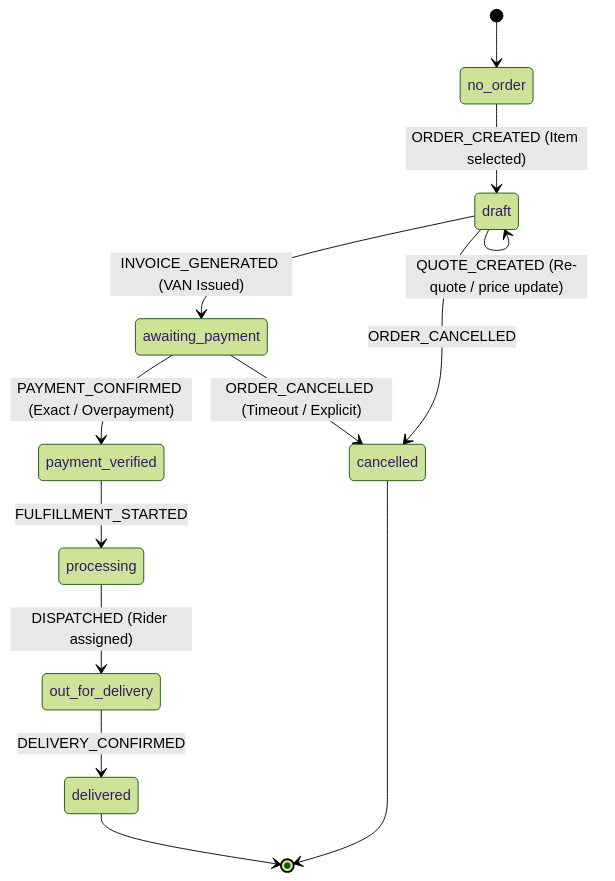
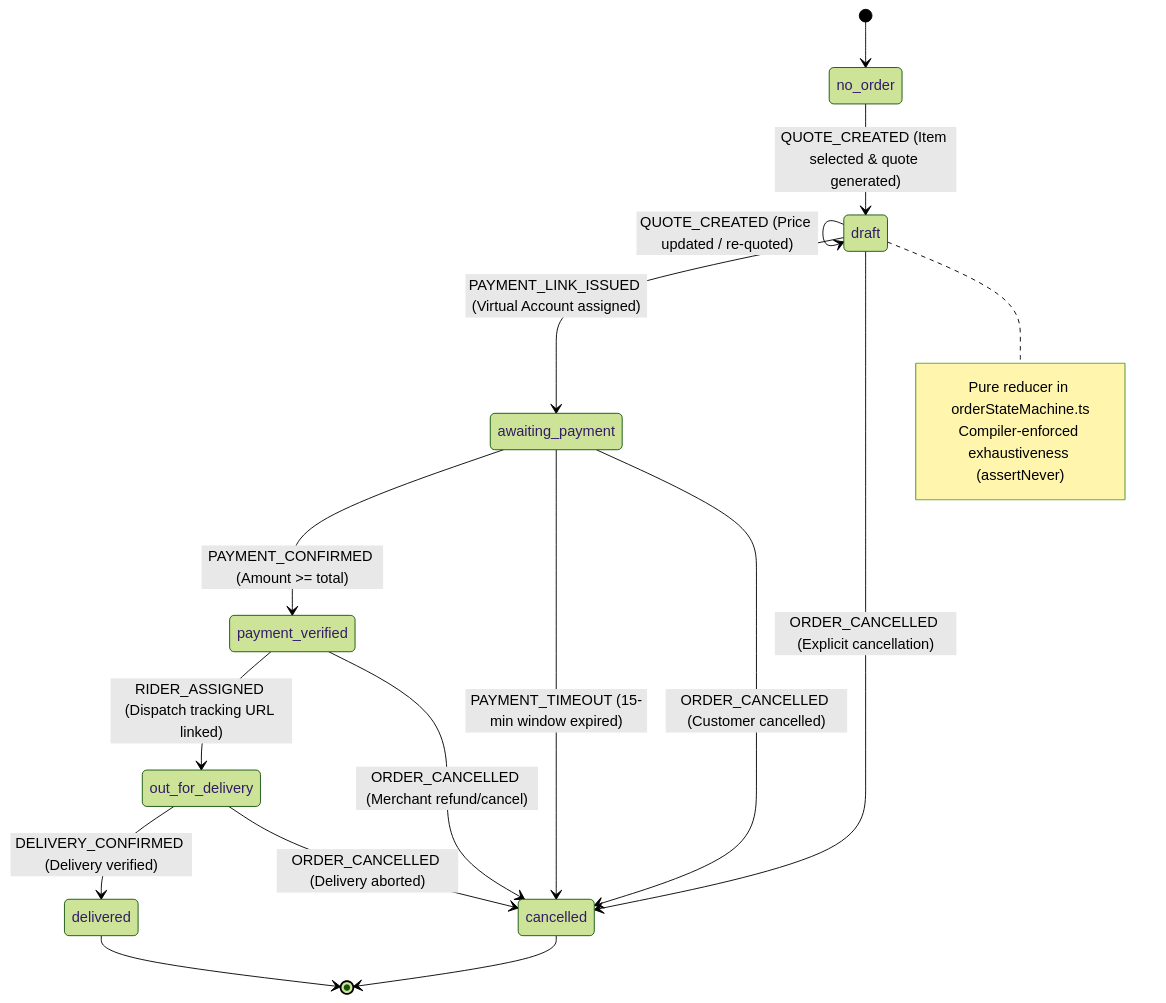
One commit to Relayyl6/Biblio---Automated-Commerce-Engine changed the fifth of 8 diagrams in README.md. Above: the diagram before and after it, drawn with Mermaid (forest theme). The commit also changed other lines of this file and 39 other files, not shown here.

````diff
--- a/README.md
+++ b/README.md
@@ -220,18 +253,27 @@
 ```mermaid
 stateDiagram-v2
     [*] --> no_order
-    no_order --> draft: ORDER_CREATED (Item selected)
-    draft --> draft: QUOTE_CREATED (Re-quote / price update)
-    draft --> awaiting_payment: INVOICE_GENERATED (VAN Issued)
     
-    awaiting_payment --> payment_verified: PAYMENT_CONFIRMED (Exact / Overpayment)
-    awaiting_payment --> cancelled: ORDER_CANCELLED (Timeout / Explicit)
+    no_order --> draft: QUOTE_CREATED (Item selected & quote generated)
+    draft --> draft: QUOTE_CREATED (Price updated / re-quoted)
+    draft --> awaiting_payment: PAYMENT_LINK_ISSUED (Virtual Account assigned)
+    draft --> cancelled: ORDER_CANCELLED (Explicit cancellation)
     
-    payment_verified --> processing: FULFILLMENT_STARTED
-    processing --> out_for_delivery: DISPATCHED (Rider assigned)
-    out_for_delivery --> delivered: DELIVERY_CONFIRMED
+    awaiting_payment --> payment_verified: PAYMENT_CONFIRMED (Amount >= total)
+    awaiting_payment --> cancelled: PAYMENT_TIMEOUT (15-min window expired)
+    awaiting_payment --> cancelled: ORDER_CANCELLED (Customer cancelled)
     
-    draft --> cancelled: ORDER_CANCELLED
+    payment_verified --> out_for_delivery: RIDER_ASSIGNED (Dispatch tracking URL linked)
+    payment_verified --> cancelled: ORDER_CANCELLED (Merchant refund/cancel)
+    
+    out_for_delivery --> delivered: DELIVERY_CONFIRMED (Delivery verified)
+    out_for_delivery --> cancelled: ORDER_CANCELLED (Delivery aborted)
+    
     delivered --> [*]
     cancelled --> [*]
+
+    note right of draft
+        Pure reducer in orderStateMachine.ts
+        Compiler-enforced exhaustiveness (assertNever)
+    end note
 ```
````
